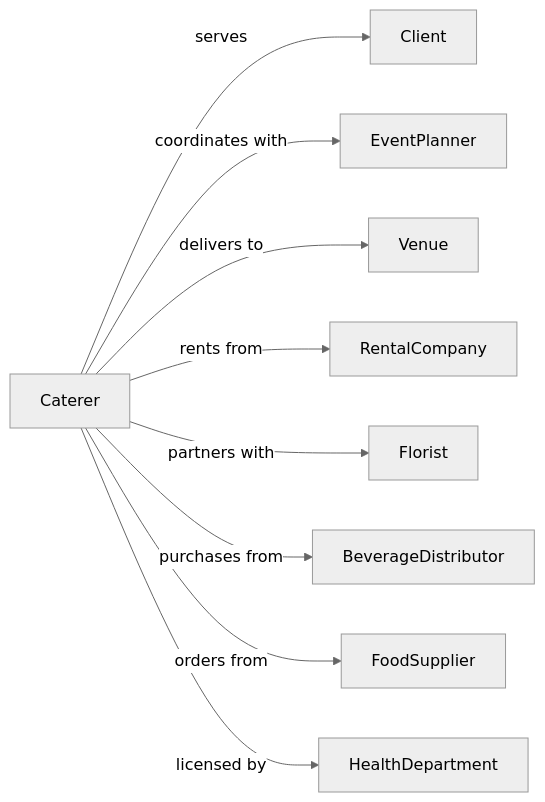
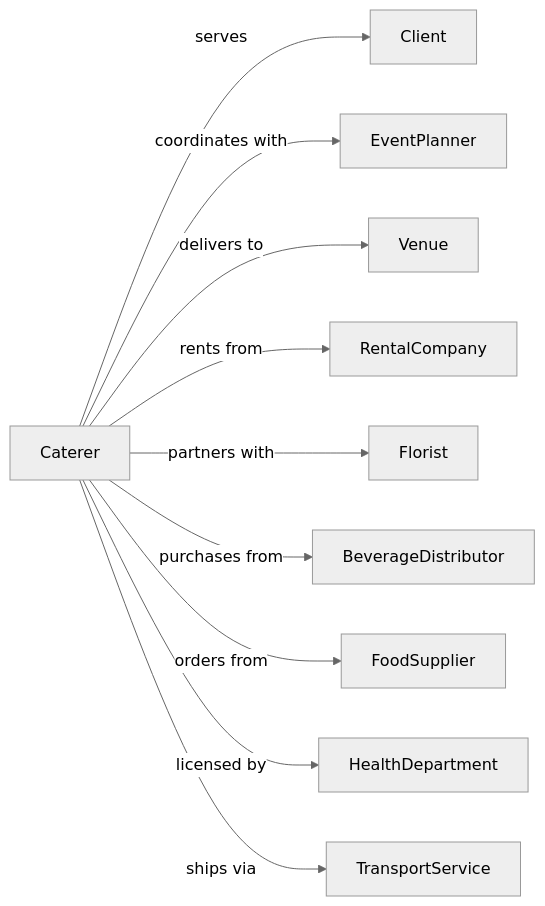
Before and after one commit to dot-org-ai/industries.org.ai: the second of 2 diagrams in Accommodation/FoodServicesAndDrinkingPlaces/SpecialFoodServices/Caterers.mdx, drawn with Mermaid (neutral theme). The commit also changed 588 other files, not shown here.

````diff
--- a/Accommodation/FoodServicesAndDrinkingPlaces/SpecialFoodServices/Caterers.mdx
+++ b/Accommodation/FoodServicesAndDrinkingPlaces/SpecialFoodServices/Caterers.mdx
@@ -137,13 +137,14 @@
 ```mermaid
 graph LR
     C[Caterer]
 
     C -->|serves| Client
     C -->|coordinates with| EventPlanner
     C -->|delivers to| Venue
     C -->|rents from| RentalCompany
     C -->|partners with| Florist
     C -->|purchases from| BeverageDistributor
     C -->|orders from| FoodSupplier
     C -->|licensed by| HealthDepartment
+    C -->|ships via| TransportService
 ```
````
